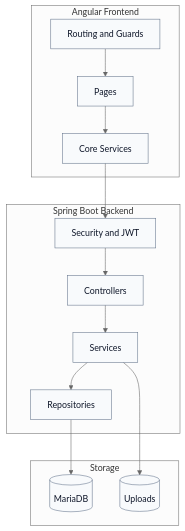
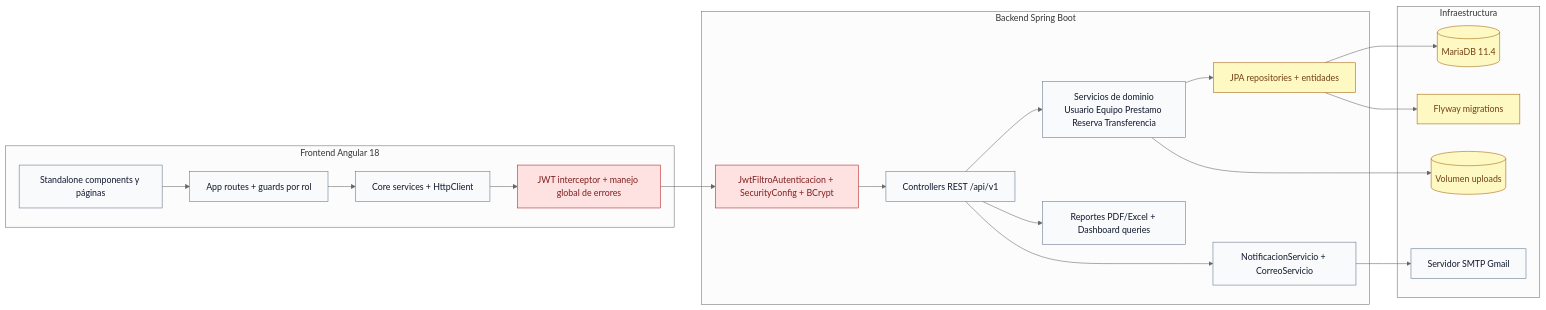
Before and after one commit to camilo146/SIGEA: the tenth of 11 diagrams in docs/sigea-diagramas-fuentes.md, drawn with Mermaid (neutral theme). The commit also changed other lines of this file and 20 other files, not shown here.

````diff
--- a/docs/sigea-diagramas-fuentes.md
+++ b/docs/sigea-diagramas-fuentes.md
@@ -312,25 +583,38 @@
 ```mermaid
-flowchart TB
+flowchart LR
     classDef box fill:#f8fafc,stroke:#64748b,color:#0f172a
+    classDef sec fill:#fee2e2,stroke:#b91c1c,color:#7f1d1d
+    classDef data fill:#fef9c3,stroke:#a16207,color:#713f12
 
-    subgraph FE[Angular Frontend]
-        FE1[Routing and Guards]:::box
-        FE2[Pages]:::box
-        FE3[Core Services]:::box
+    subgraph FE[Frontend Angular 18]
+        UI[Standalone components y páginas]:::box
+        ROUTES[App routes + guards por rol]:::box
+        HTTP[Core services + HttpClient]:::box
+        INT[JWT interceptor + manejo global de errores]:::sec
     end
 
-    subgraph BE[Spring Boot Backend]
-        BE1[Security and JWT]:::box
-        BE2[Controllers]:::box
-        BE3[Services]:::box
-        BE4[Repositories]:::box
+    subgraph BE[Backend Spring Boot]
+        API[Controllers REST /api/v1]:::box
+        AUTH[JwtFiltroAutenticacion + SecurityConfig + BCrypt]:::sec
+        DOM[Servicios de dominio<br/>Usuario Equipo Prestamo Reserva Transferencia]:::box
+        NOTI[NotificacionServicio + CorreoServicio]:::box
+        REP[Reportes PDF/Excel + Dashboard queries]:::box
+        PERSIST[JPA repositories + entidades]:::data
     end
 
-    subgraph ST[Storage]
-        DB[(MariaDB)]:::box
-        FS[(Uploads)]:::box
+    subgraph INFRA[Infraestructura]
+        DB[(MariaDB 11.4)]:::data
+        FLY[Flyway migrations]:::data
+        UP[(Volumen uploads)]:::data
+        SMTP[Servidor SMTP Gmail]:::box
     end
 
-    FE1 --> FE2 --> FE3 --> BE1 --> BE2 --> BE3 --> BE4 --> DB
-    BE3 --> FS
+    UI --> ROUTES --> HTTP --> INT --> AUTH --> API
+    API --> DOM
+    API --> NOTI
+    API --> REP
+    DOM --> PERSIST --> DB
+    PERSIST --> FLY
+    DOM --> UP
+    NOTI --> SMTP
 ```
````
